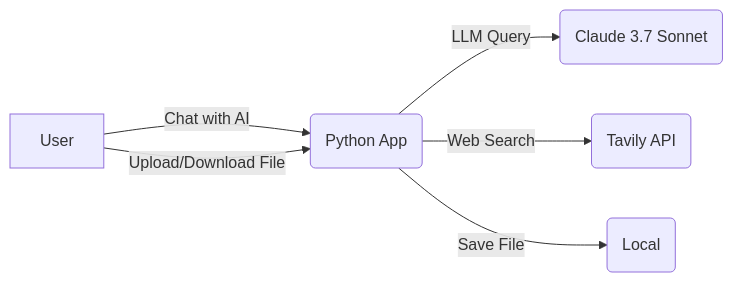
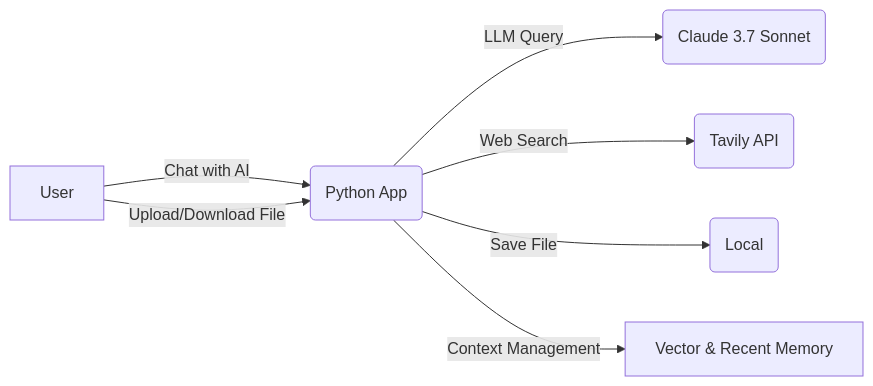
The first of 2 diagrams in packages/app/SPEC.md (haandol/alps-writer), drawn with Mermaid before and after one commit. The commit also changed other lines of this file, not shown here.

````diff
--- a/packages/app/SPEC.md
+++ b/packages/app/SPEC.md
@@ -77,8 +85,9 @@
 ```mermaid
 flowchart LR
     User -- "Chat with AI" --> Chainlit(Python App)
     Chainlit -- "LLM Query" --> Bedrock(Claude 3.7 Sonnet)
     Chainlit -- "Web Search" --> Tavily(Tavily API)
     Chainlit -- "Save File" --> FileSystem(Local)
     User -- "Upload/Download File" --> Chainlit
+    Chainlit -- "Context Management" --> Memory[Vector & Recent Memory]
 ```
````
